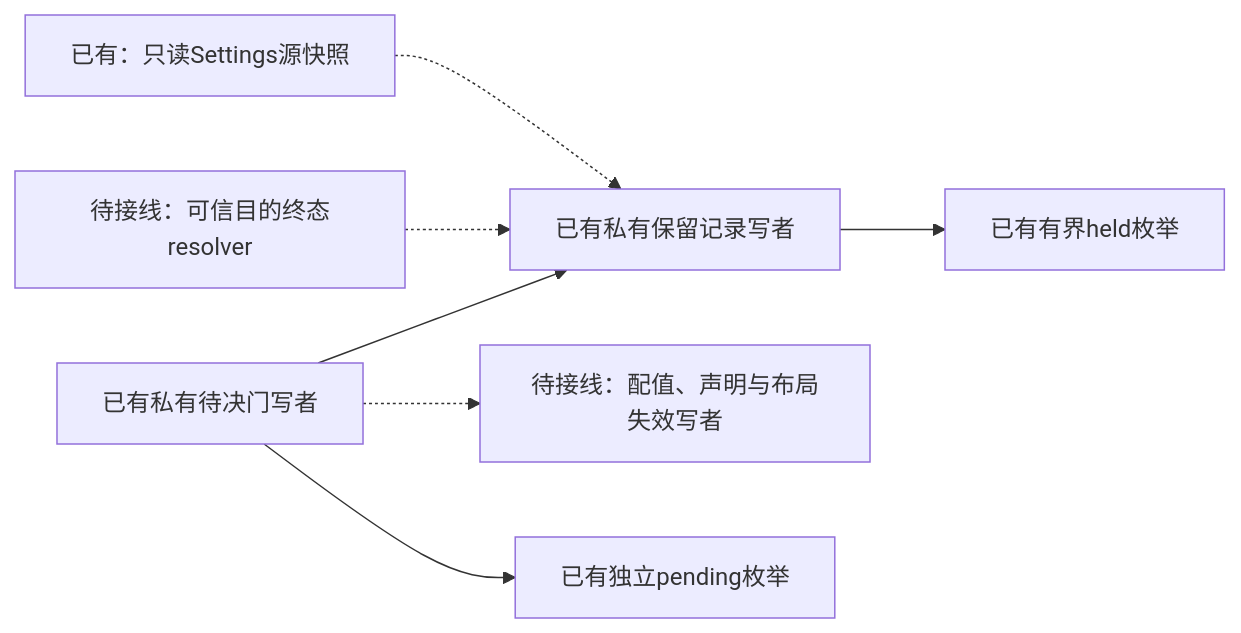
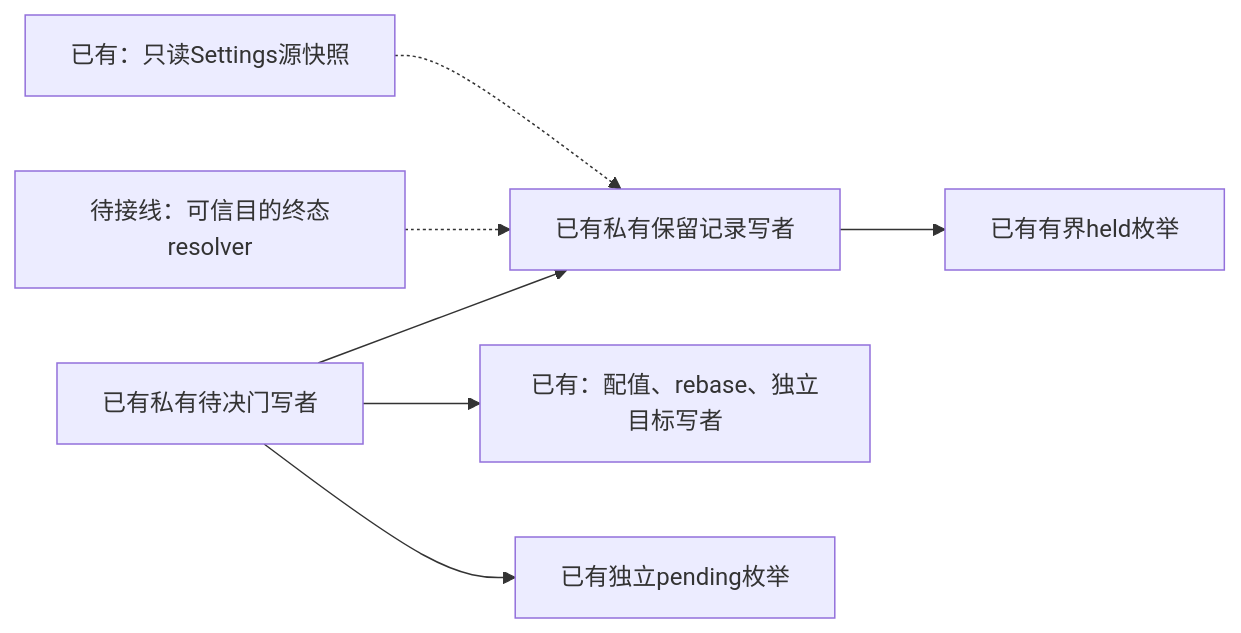
One commit to nemori-ai/omne-harness-lite changed the eighth of 10 diagrams in packages/assets/settings-local/docs/architecture.md. Above: the diagram before and after it, drawn with Mermaid. The commit also changed other lines of this file and 30 other files, not shown here.

````diff
--- a/packages/assets/settings-local/docs/architecture.md
+++ b/packages/assets/settings-local/docs/architecture.md
@@ -261,9 +261,9 @@
 ```mermaid
 flowchart LR
   Snapshot[已有：只读Settings源快照] -.-> Holds[已有私有保留记录写者]
   Gate[已有私有待决门写者] --> Holds
-  Gate -.-> Writers[待接线：配值、声明与布局失效写者]
+  Gate --> Writers[已有：配值、rebase、独立目标写者]
   Resolver[待接线：可信目的终态resolver] -.-> Holds
   Holds --> Recovery[已有有界held枚举]
   Gate --> Pending[已有独立pending枚举]
 ```
````
